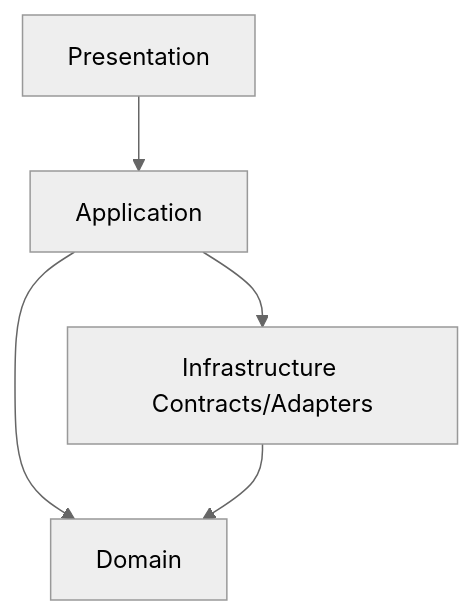
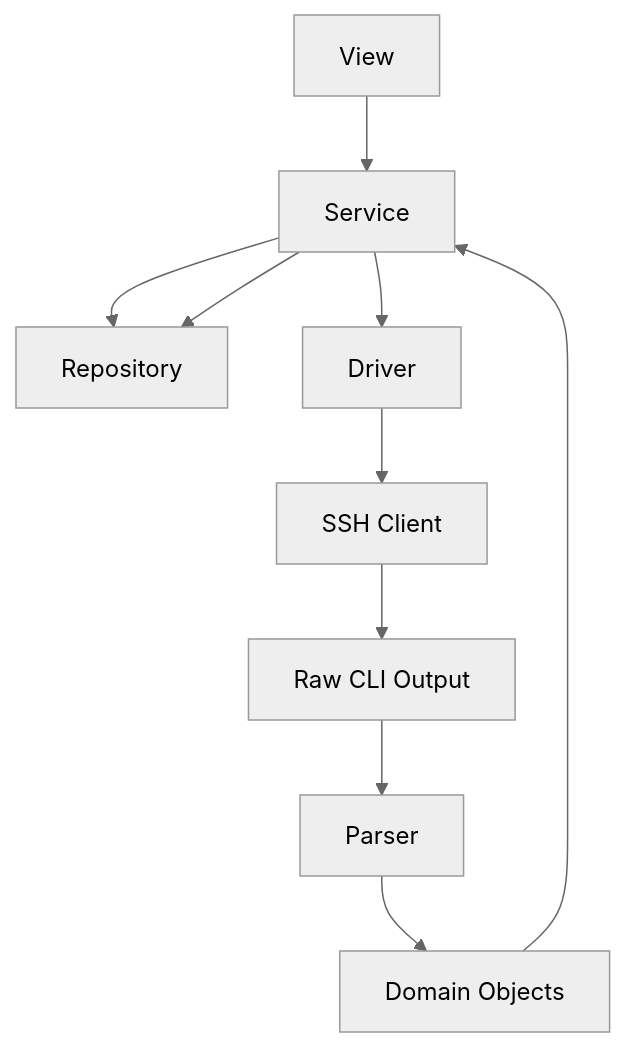
One commit to taboaneiros/OpenNetManager changed the first of 5 diagrams in docs/architecture.md. Above: the diagram before and after it, drawn with Mermaid (neutral theme). The commit also changed other lines of this file, not shown here.

Commit message:
refactor: Update architecture aditional docs

````diff
--- a/docs/architecture.md
+++ b/docs/architecture.md
@@ -39,7 +37,12 @@
 ```mermaid
 flowchart TD
-    P[Presentation] --> A[Application]
-    A --> D[Domain]
-    A --> I[Infrastructure Contracts/Adapters]
-    I --> D
+    A[View] --> B[Service]
+    B --> C[Repository]
+    B --> D[Driver]
+    D --> E[SSH Client]
+    E --> F[Raw CLI Output]
+    F --> G[Parser]
+    G --> H[Domain Objects]
+    H --> B
+    B --> C
 ```
````
